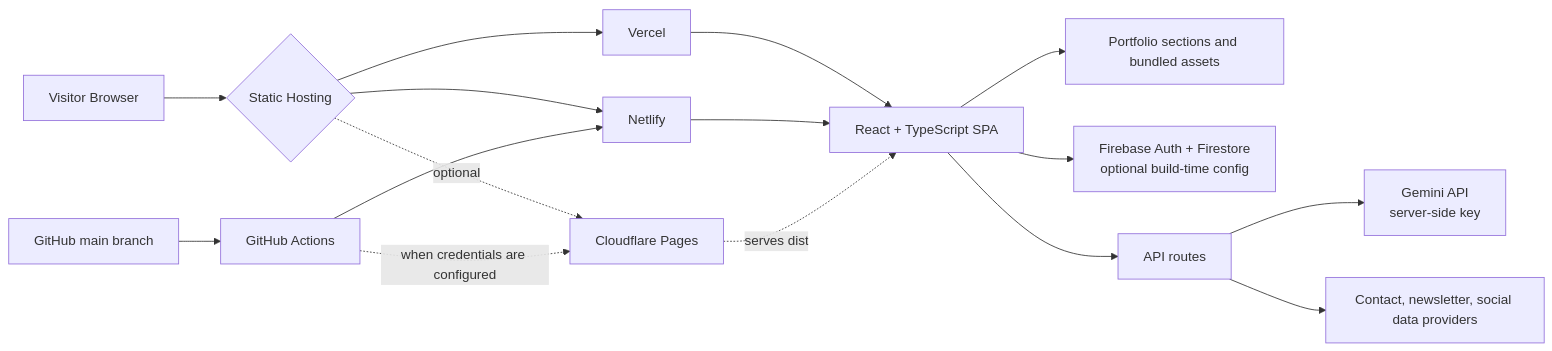
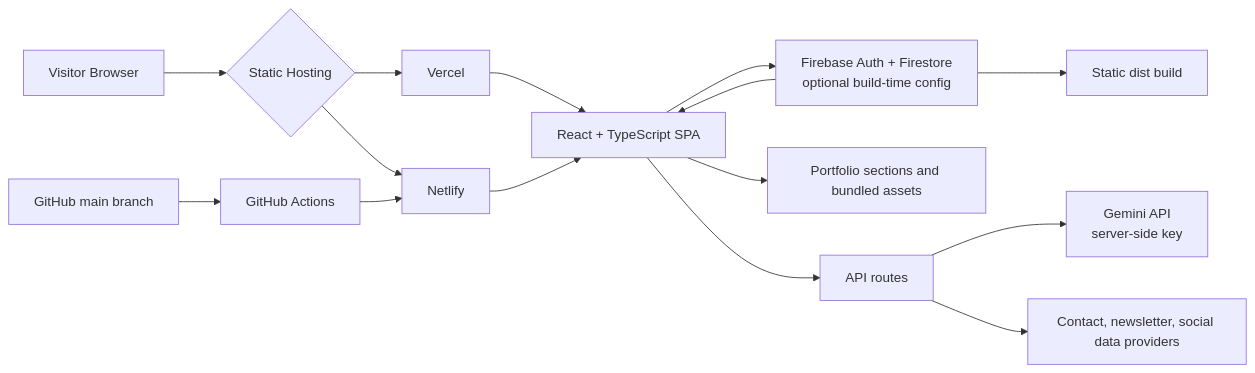
One commit to kalyan870/kalyanwebsite changed the diagram in README.md. Above: the diagram before and after it, drawn with Mermaid. The commit also changed other lines of this file and 1 other file, not shown here.

Commit message:
Document Firebase Hosting deployment

````diff
--- a/README.md
+++ b/README.md
@@ -17,18 +19,17 @@
 ```mermaid
 flowchart LR
     Visitor[Visitor Browser] --> Host{Static Hosting}
     Host --> Vercel[Vercel]
     Host --> Netlify[Netlify]
-    Host -. optional .-> CF[Cloudflare Pages]
     Vercel --> SPA[React + TypeScript SPA]
     Netlify --> SPA
-    CF -. serves dist .-> SPA
+    Firebase --> SPA
     SPA --> Assets[Portfolio sections and bundled assets]
     SPA --> Firebase[Firebase Auth + Firestore<br/>optional build-time config]
     SPA --> API[API routes]
     API --> Gemini[Gemini API<br/>server-side key]
     API --> Providers[Contact, newsletter, social data providers]
     GitHub[GitHub main branch] --> CI[GitHub Actions]
     CI --> Netlify
-    CI -. when credentials are configured .-> CF
+    Firebase --> Build[Static dist build]
 ```
````
